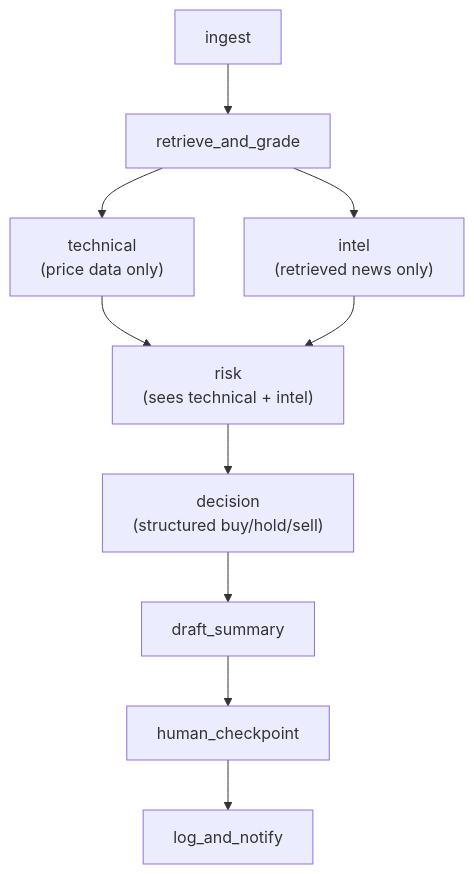
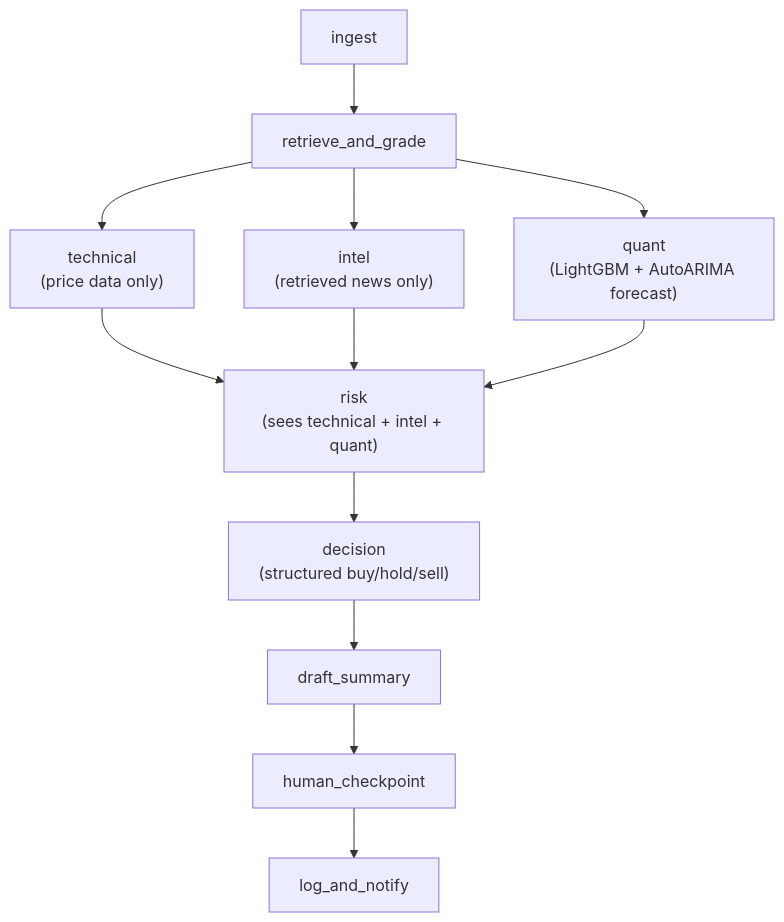
One commit to Rae-ymr/daily_stock_agent changed the diagram in docs/multi_agent_architecture.md. Above: the diagram before and after it, drawn with Mermaid. The commit also changed other lines of this file and 11 other files, not shown here.

````diff
--- a/docs/multi_agent_architecture.md
+++ b/docs/multi_agent_architecture.md
@@ -10,12 +10,14 @@
 ```mermaid
 flowchart TD
     A[ingest] --> B[retrieve_and_grade]
     B --> T["technical\n(price data only)"]
     B --> I["intel\n(retrieved news only)"]
-    T --> R["risk\n(sees technical + intel)"]
+    B --> Q["quant\n(LightGBM + AutoARIMA forecast)"]
+    T --> R["risk\n(sees technical + intel + quant)"]
     I --> R
+    Q --> R
     R --> DEC["decision\n(structured buy/hold/sell)"]
     DEC --> D[draft_summary]
     D --> E[human_checkpoint]
     E --> F[log_and_notify]
 ```
````
